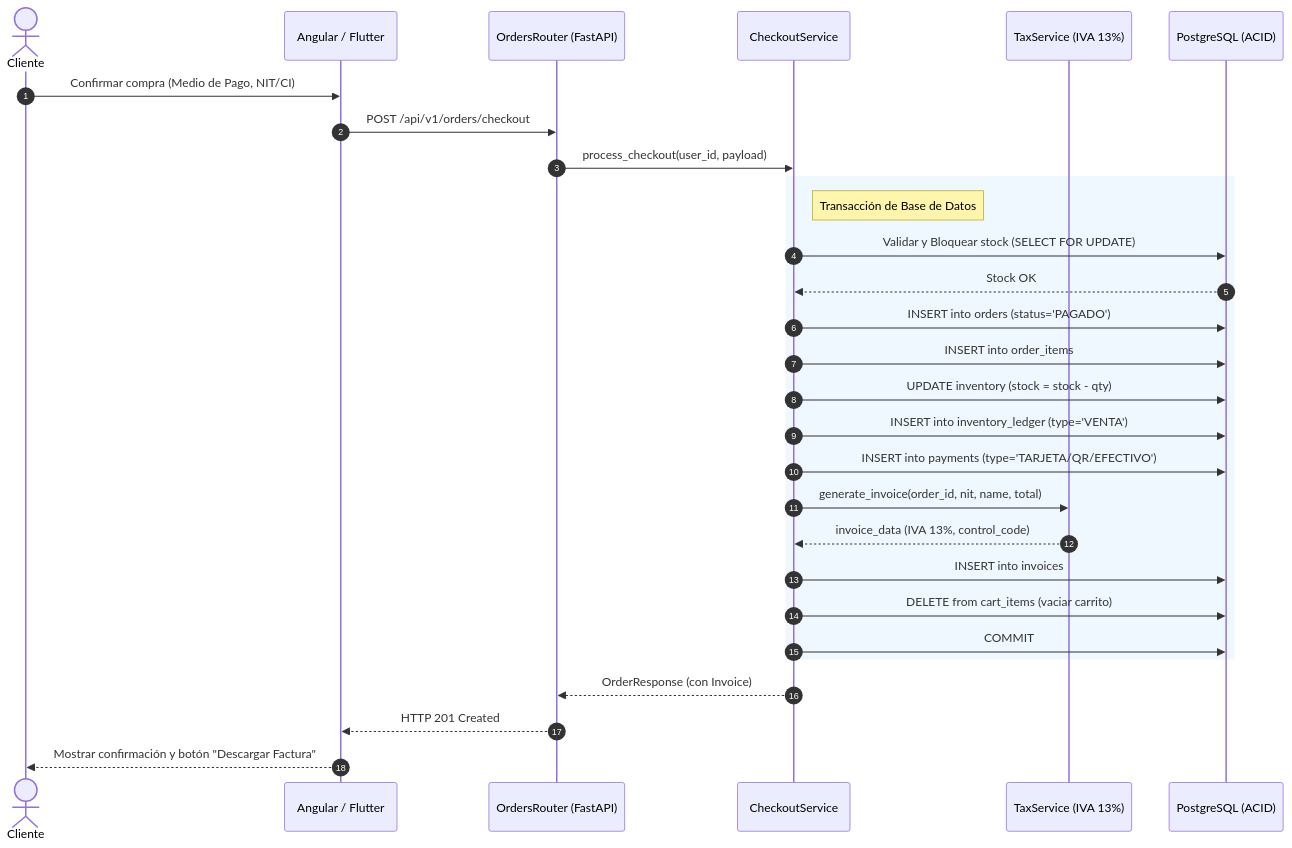
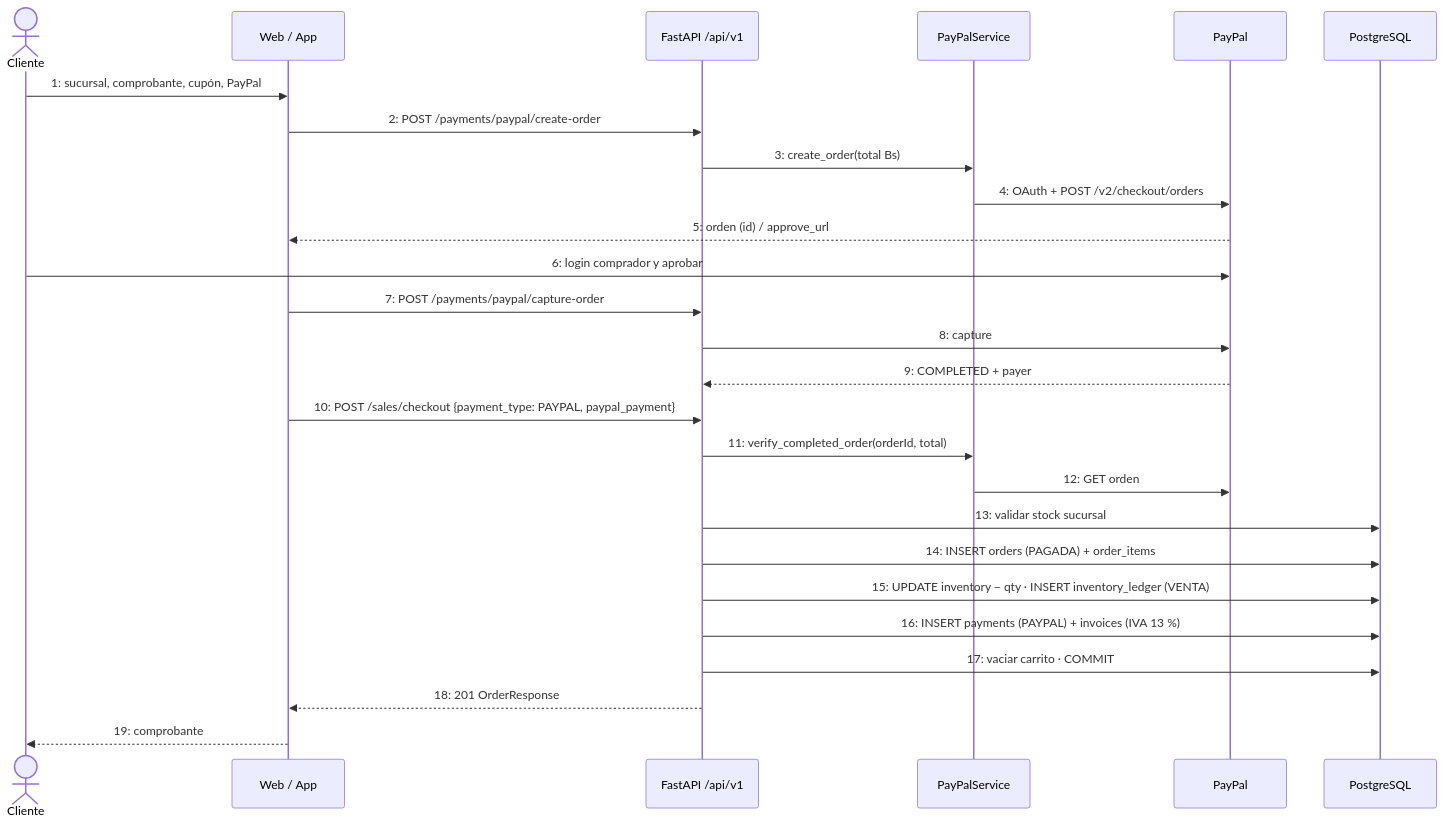
The eighth of 14 diagrams in Ciclo2.md (jc-larry/ecommerce-fashionstore), drawn with Mermaid before and after one commit. The commit also changed other lines of this file and 267 other files, not shown here.

````diff
--- a/Ciclo2.md
+++ b/Ciclo2.md
@@ -697,35 +487,29 @@
 ```mermaid
 sequenceDiagram
-    autonumber
-    actor Cliente
-    participant Web as Angular / Flutter
-    participant Router as OrdersRouter (FastAPI)
-    participant Svc as CheckoutService
-    participant Tax as TaxService (IVA 13%)
-    participant DB as PostgreSQL (ACID)
+    actor C as Cliente
+    participant UI as Web / App
+    participant API as FastAPI /api/v1
+    participant PPS as PayPalService
+    participant PP as PayPal
+    participant DB as PostgreSQL
 
-    Cliente->>Web: Confirmar compra (Medio de Pago, NIT/CI)
-    Web->>Router: POST /api/v1/orders/checkout
-    Router->>Svc: process_checkout(user_id, payload)
-    
-    rect rgb(240, 248, 255)
-        note right of Svc: Transacción de Base de Datos
-        Svc->>DB: Validar y Bloquear stock (SELECT FOR UPDATE)
-        DB-->>Svc: Stock OK
-        Svc->>DB: INSERT into orders (status='PAGADO')
-        Svc->>DB: INSERT into order_items
-        Svc->>DB: UPDATE inventory (stock = stock - qty)
-        Svc->>DB: INSERT into inventory_ledger (type='VENTA')
-        Svc->>DB: INSERT into payments (type='TARJETA/QR/EFECTIVO')
-        
-        Svc->>Tax: generate_invoice(order_id, nit, name, total)
-        Tax-->>Svc: invoice_data (IVA 13%, control_code)
-        Svc->>DB: INSERT into invoices
-        Svc->>DB: DELETE from cart_items (vaciar carrito)
-        Svc->>DB: COMMIT
-    end
-
-    Svc-->>Router: OrderResponse (con Invoice)
-    Router-->>Web: HTTP 201 Created
-    Web-->>Cliente: Mostrar confirmación y botón "Descargar Factura"
+    C->>UI: 1: sucursal, comprobante, cupón, PayPal
+    UI->>API: 2: POST /payments/paypal/create-order
+    API->>PPS: 3: create_order(total Bs)
+    PPS->>PP: 4: OAuth + POST /v2/checkout/orders
+    PP-->>UI: 5: orden (id) / approve_url
+    C->>PP: 6: login comprador y aprobar
+    UI->>API: 7: POST /payments/paypal/capture-order
+    API->>PP: 8: capture
+    PP-->>API: 9: COMPLETED + payer
+    UI->>API: 10: POST /sales/checkout {payment_type: PAYPAL, paypal_payment}
+    API->>PPS: 11: verify_completed_order(orderId, total)
+    PPS->>PP: 12: GET orden
+    API->>DB: 13: validar stock sucursal
+    API->>DB: 14: INSERT orders (PAGADA) + order_items
+    API->>DB: 15: UPDATE inventory − qty · INSERT inventory_ledger (VENTA)
+    API->>DB: 16: INSERT payments (PAYPAL) + invoices (IVA 13 %)
+    API->>DB: 17: vaciar carrito · COMMIT
+    API-->>UI: 18: 201 OrderResponse
+    UI-->>C: 19: comprobante
 ```
````
